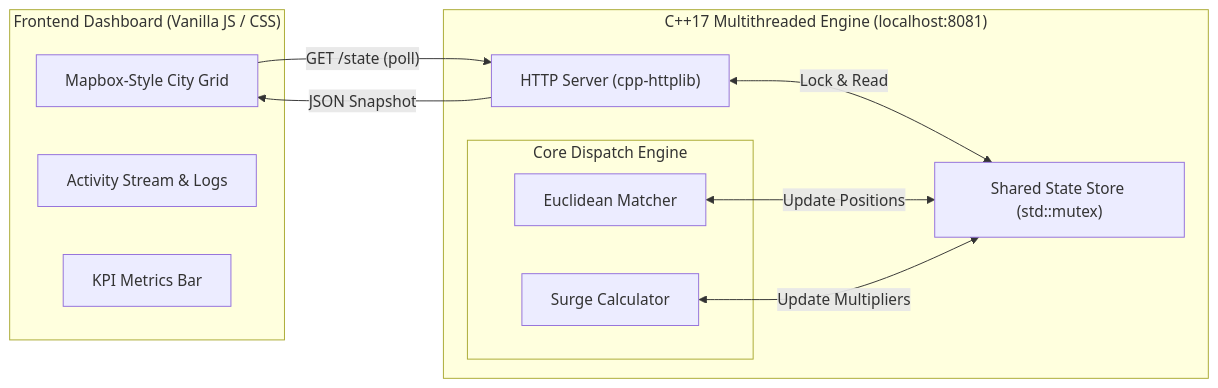
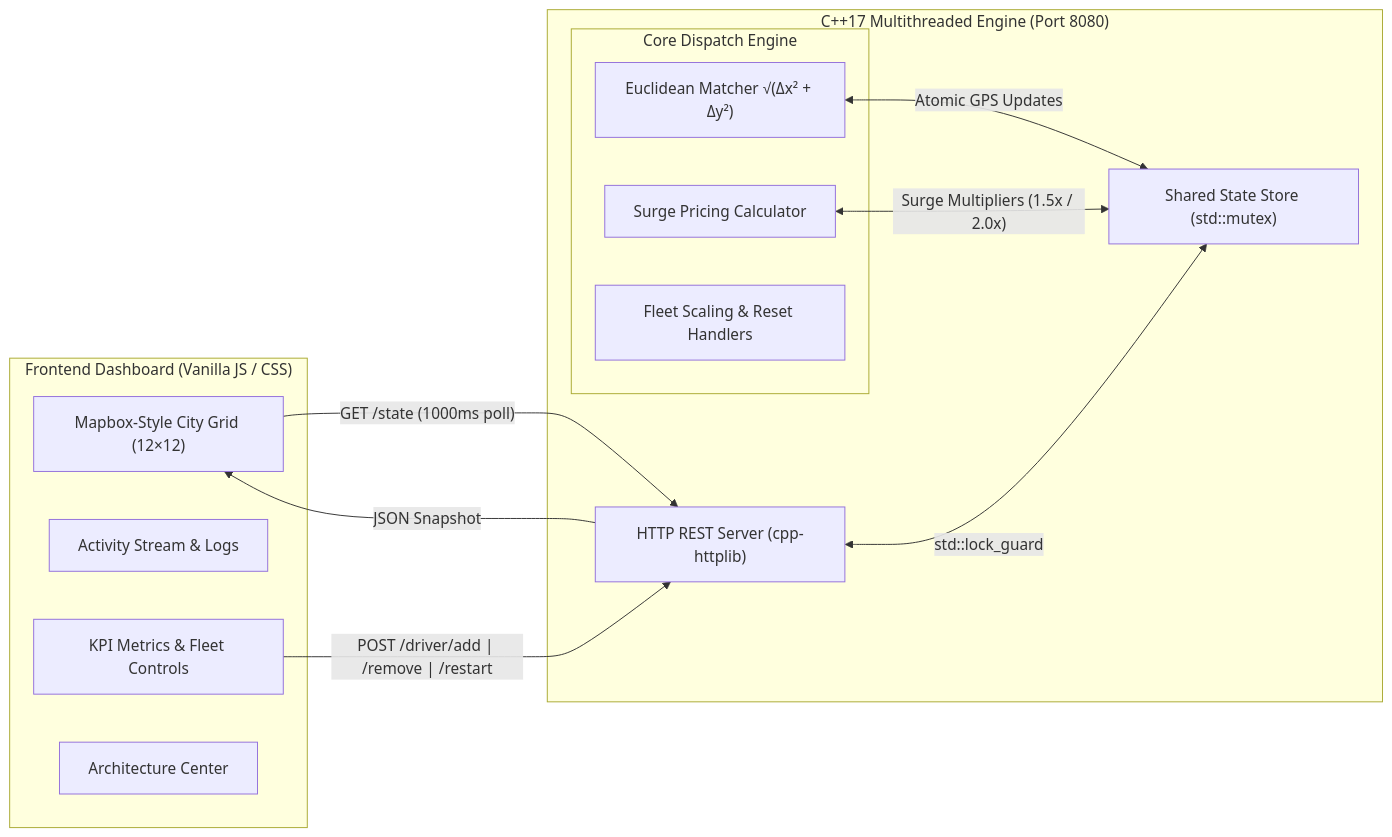
Before and after one commit to shubhamgupta407/RideSync-A-Real-Time-Multi-threaded-Ride-Dispatch-and-Surge-Pricing-Engine.: the first of 3 diagrams in README.md, drawn with Mermaid. The commit also changed other lines of this file, not shown here.

Commit message:
docs: update README with live Render cloud URL, architecture blueprint links, interactive fleet controls, and Docker build instructions

````diff
--- a/README.md
+++ b/README.md
@@ -12,24 +18,27 @@
 ```mermaid
 flowchart LR
     subgraph Client ["Frontend Dashboard (Vanilla JS / CSS)"]
-        UI["Mapbox-Style City Grid"]
+        UI["Mapbox-Style City Grid (12×12)"]
         Feed["Activity Stream & Logs"]
-        Stats["KPI Metrics Bar"]
+        Stats["KPI Metrics & Fleet Controls"]
+        Arch["Architecture Center"]
     end
 
-    subgraph Server ["C++17 Multithreaded Engine (localhost:8081)"]
-        HTTP["HTTP Server (cpp-httplib)"]
+    subgraph Server ["C++17 Multithreaded Engine (Port 8080)"]
+        HTTP["HTTP REST Server (cpp-httplib)"]
         State["Shared State Store (std::mutex)"]
         
         subgraph Engine ["Core Dispatch Engine"]
-            Match["Euclidean Matcher"]
-            Surge["Surge Calculator"]
+        Match["Euclidean Matcher √(Δx² + Δy²)"]
+        Surge["Surge Pricing Calculator"]
+        Scale["Fleet Scaling & Reset Handlers"]
         end
     end
 
-    UI -->|"GET /state (poll)"| HTTP
+    UI -->|"GET /state (1000ms poll)"| HTTP
     HTTP -->|"JSON Snapshot"| UI
-    HTTP <-->|"Lock & Read"| State
-    Match <-->|"Update Positions"| State
-    Surge <-->|"Update Multipliers"| State
+    Stats -->|"POST /driver/add | /remove | /restart"| HTTP
+    HTTP <-->|"std::lock_guard"| State
+    Match <-->|"Atomic GPS Updates"| State
+    Surge <-->|"Surge Multipliers (1.5x / 2.0x)"| State
 ```
````
